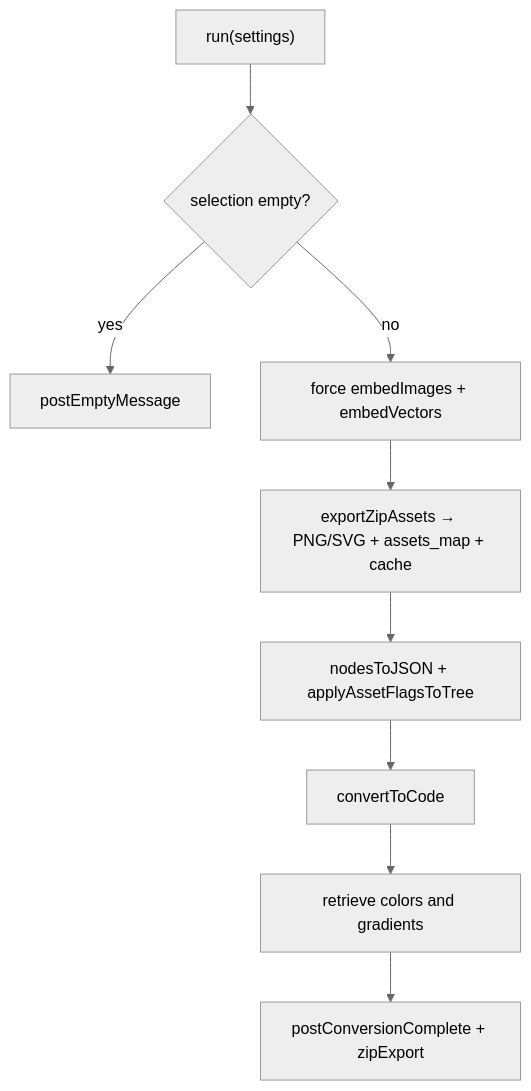
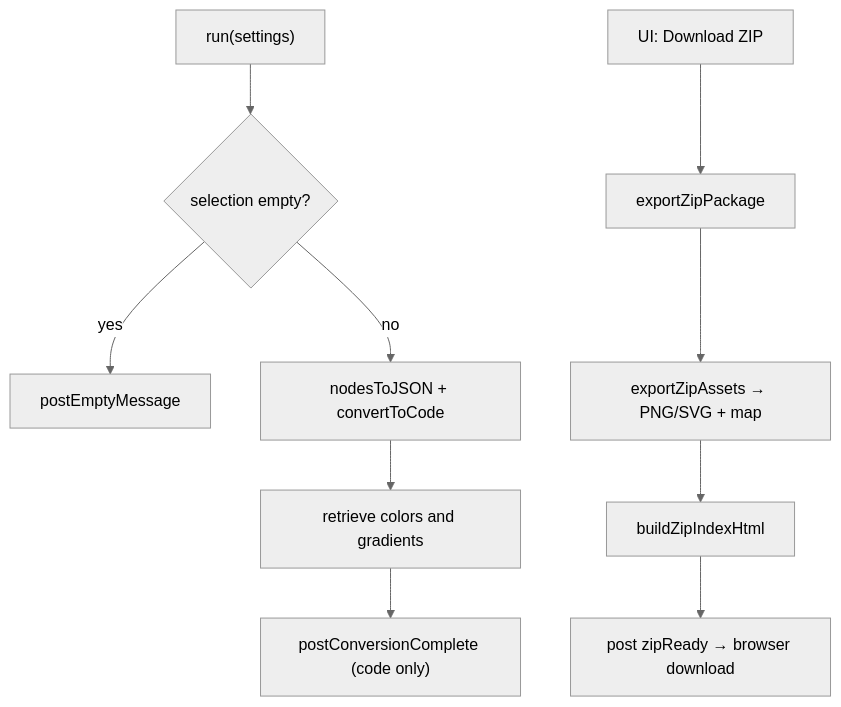
One commit to CodeByStella/FIGMA2CODE changed the third of 9 diagrams in docs/logic.md. Above: the diagram before and after it, drawn with Mermaid (neutral theme). The commit also changed other lines of this file and 77 other files, not shown here.

````diff
--- a/docs/logic.md
+++ b/docs/logic.md
@@ -70,11 +70,13 @@
 ```mermaid
 flowchart TD
   A["run(settings)"] --> B{"selection empty?"}
   B -->|yes| Empty["postEmptyMessage"]
-  B -->|no| Force["force embedImages + embedVectors"]
-  Force --> Zip["exportZipAssets → PNG/SVG + assets_map + cache"]
-  Zip --> Conv["nodesToJSON + applyAssetFlagsToTree"]
-  Conv --> Code["convertToCode"]
-  Code --> Colors["retrieve colors and gradients"]
-  Colors --> Done["postConversionComplete + zipExport"]
+  B -->|no| Conv["nodesToJSON + convertToCode"]
+  Conv --> Colors["retrieve colors and gradients"]
+  Colors --> Done["postConversionComplete (code only)"]
+
+  Z["UI: Download ZIP"] --> Zip["exportZipPackage"]
+  Zip --> Assets["exportZipAssets → PNG/SVG + map"]
+  Assets --> Html["buildZipIndexHtml"]
+  Html --> Ready["post zipReady → browser download"]
 ```
````
